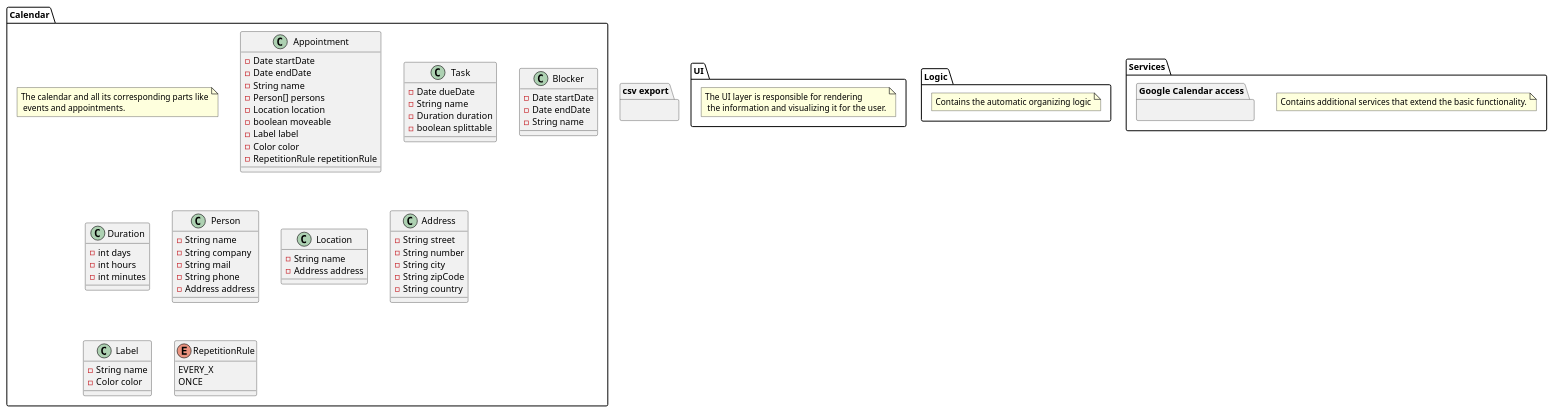
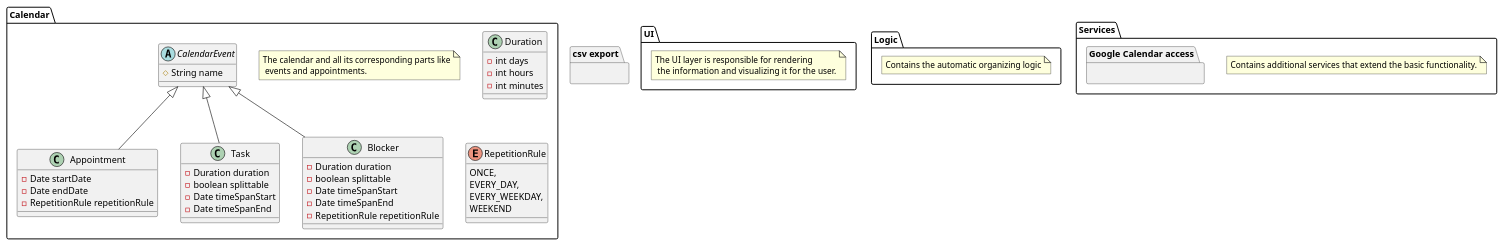
One commit to MKL105/Organizer changed the diagram in doc/architecture.plantuml. Above: the diagram before and after it, drawn with PlantUML. The commit also changed 35 other files, not shown here.

```diff
--- a/doc/architecture.plantuml
+++ b/doc/architecture.plantuml
@@ -1,80 +1,56 @@
 @startuml
     package UI {
         note "The UI layer is responsible for rendering\n the information and visualizing it for the user." as N1
     }
     package Calendar {
         note "The calendar and all its corresponding parts like\n events and appointments." as N2
 
-        class Appointment {
+        abstract class CalendarEvent {
+            # String name
+        }
+
+        class Appointment extends CalendarEvent {
             - Date startDate
             - Date endDate
-            - String name
-            - Person[] persons
-            - Location location
-            - boolean moveable
-            - Label label
-            - Color color
             - RepetitionRule repetitionRule
         }
 
-        class Task {
-            - Date dueDate
-            - String name
+        class Task extends CalendarEvent {
             - Duration duration
             - boolean splittable
+            - Date timeSpanStart
+            - Date timeSpanEnd
         }
 
-        class Blocker {
-            - Date startDate
-            - Date endDate
-            - String name
+        class Blocker extends CalendarEvent {
+            - Duration duration
+            - boolean splittable
+            - Date timeSpanStart
+            - Date timeSpanEnd
+            - RepetitionRule repetitionRule
         }
 
         class Duration {
             - int days
             - int hours
             - int minutes
         }
 
-        class Person {
-            - String name
-            - String company
-            - String mail
-            - String phone
-            - Address address
-        }
-
-        class Location {
-            - String name
-            - Address address
-        }
-
-        class Address {
-            - String street
-            - String number
-            - String city
-            - String zipCode
-            - String country
-        }
-
-        class Label {
-            - String name
-            - Color color
-        }
-
         enum RepetitionRule {
-            EVERY_X
-            ONCE
+            ONCE,
+            EVERY_DAY,
+            EVERY_WEEKDAY,
+            WEEKEND
         }
     }
     package Logic {
         note "Contains the automatic organizing logic" as N3
     }
     package Services {
         note "Contains additional services that extend the basic functionality." as N4
         package "Google Calendar access" {
         }
         package ".csv export" {
         }
     }
 @enduml
```
